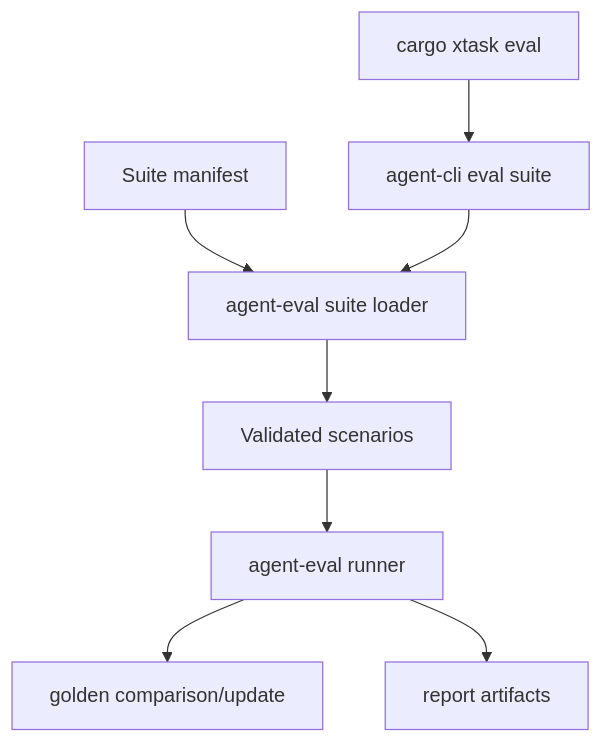
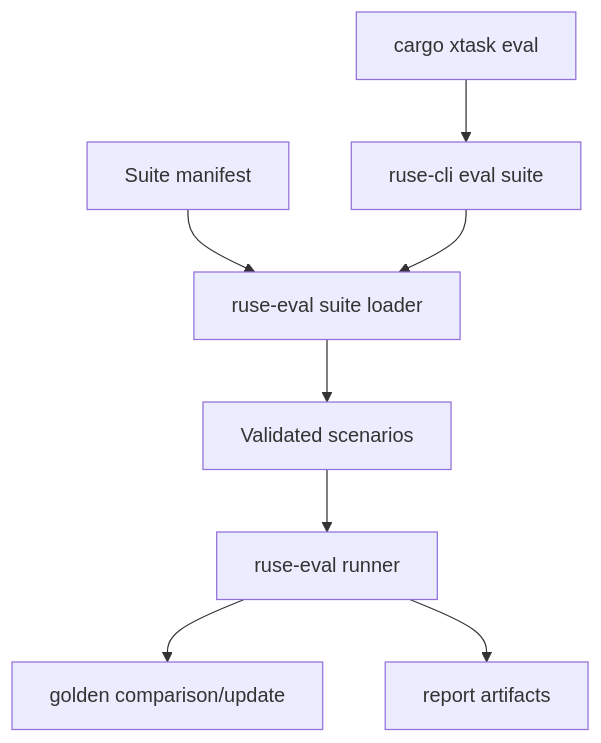
Before and after one commit to poneding/agent: the diagram in docs/specs/M28-evaluation-corpus-quality-gates.spec.md, drawn with Mermaid. The commit also changed other lines of this file and 2091 other files, not shown here.

First line of the commit message:
refactor: rename agent branding to ruse

````diff
--- a/docs/specs/M28-evaluation-corpus-quality-gates.spec.md
+++ b/docs/specs/M28-evaluation-corpus-quality-gates.spec.md
@@ -30,10 +30,10 @@
 ```mermaid
 flowchart TD
-  Suite["Suite manifest"] --> Eval["agent-eval suite loader"]
+  Suite["Suite manifest"] --> Eval["ruse-eval suite loader"]
   Eval --> Scenarios["Validated scenarios"]
-  Scenarios --> Runner["agent-eval runner"]
+  Scenarios --> Runner["ruse-eval runner"]
   Runner --> Golden["golden comparison/update"]
   Runner --> Artifacts["report artifacts"]
-  CLI["agent-cli eval suite"] --> Eval
+  CLI["ruse-cli eval suite"] --> Eval
   Xtask["cargo xtask eval"] --> CLI
 ```
````
